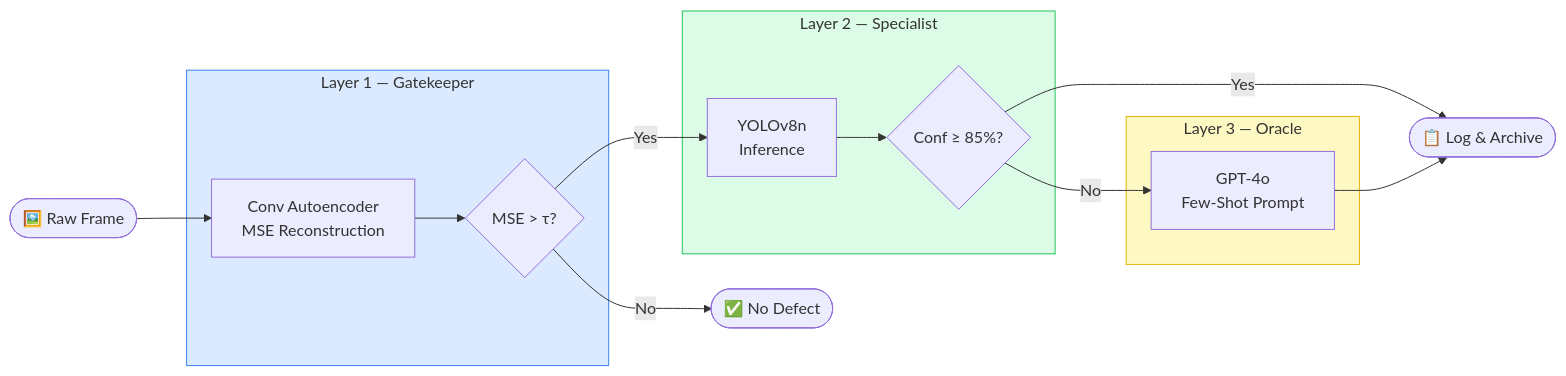
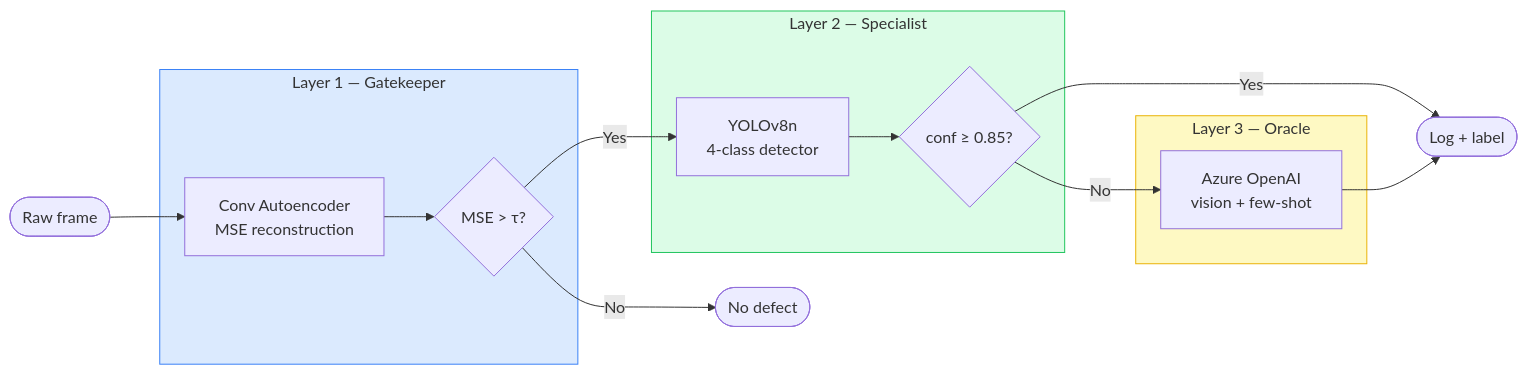
One commit to j-jayes/Scratching-the-Surface changed the diagram in website/index.qmd. Above: the diagram before and after it, drawn with Mermaid. The commit also changed other lines of this file and 73 other files, not shown here.

First line of the commit message:
Phase J + K: PatchCore L1, production YOLO, cost-calibrated cascade, cached Oracle, narrative website

````diff
--- a/website/index.qmd
+++ b/website/index.qmd
@@ -18,36 +25,33 @@
 ```{mermaid}
 %%| label: fig-overview
-%%| fig-cap: "High-level cascade pipeline overview"
+%%| fig-cap: "High-level cascade pipeline"
 flowchart LR
-    INPUT([🖼️ Raw Frame])
+    INPUT([Raw frame])
 
     subgraph L1["Layer 1 — Gatekeeper"]
-        AE["Conv Autoencoder\nMSE Reconstruction"]
-        T1{"MSE > τ?"}
+        AE["Conv Autoencoder<br/>MSE reconstruction"]
+        T1{MSE > τ?}
     end
 
     subgraph L2["Layer 2 — Specialist"]
-        YOLO["YOLOv8n\nInference"]
-        T2{"Conf ≥ 85%?"}
+        YOLO["YOLOv8n<br/>4-class detector"]
+        T2{conf ≥ 0.85?}
     end
 
     subgraph L3["Layer 3 — Oracle"]
-        GPT["GPT-4o\nFew-Shot Prompt"]
+        GPT["Azure OpenAI<br/>vision + few-shot"]
     end
 
-    DISCARD(["✅ No Defect"])
-    LOG(["📋 Log & Archive"])
+    DISCARD([No defect])
+    LOG([Log + label])
 
-    INPUT --> AE
-    AE --> T1
+    INPUT --> AE --> T1
     T1 -- No --> DISCARD
-    T1 -- Yes --> YOLO
-    YOLO --> T2
+    T1 -- Yes --> YOLO --> T2
     T2 -- Yes --> LOG
-    T2 -- No --> GPT
-    GPT --> LOG
+    T2 -- No --> GPT --> LOG
 
     style L1 fill:#dbeafe,stroke:#3b82f6
     style L2 fill:#dcfce7,stroke:#22c55e
     style L3 fill:#fef9c3,stroke:#eab308
 ```
````
